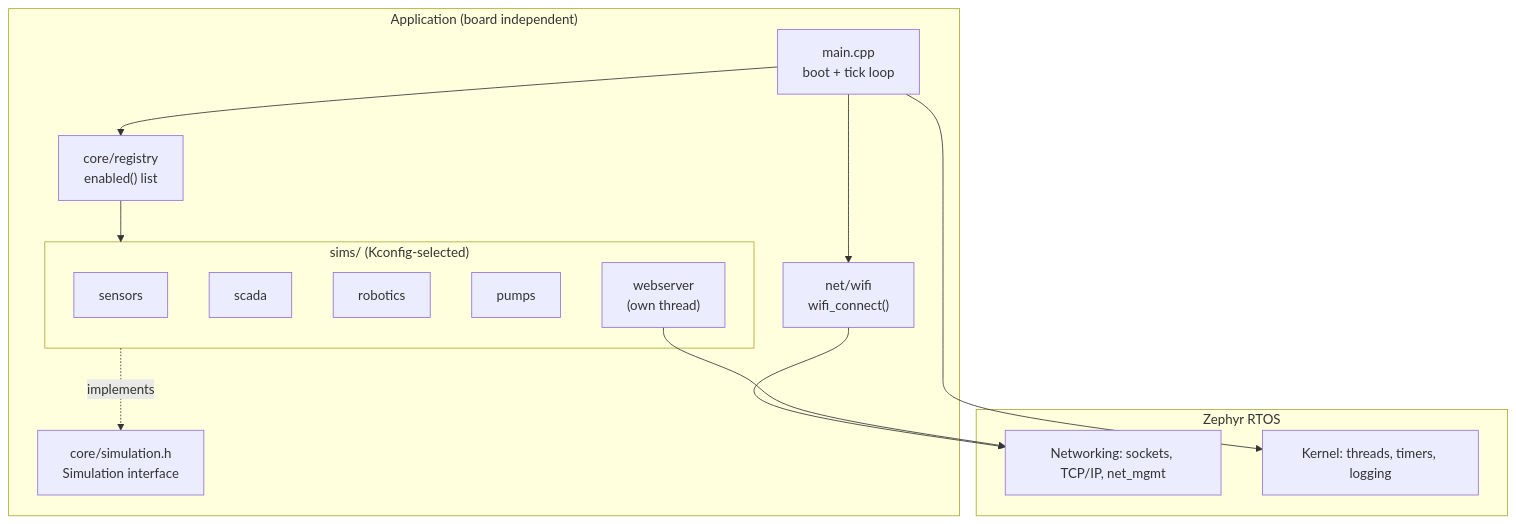
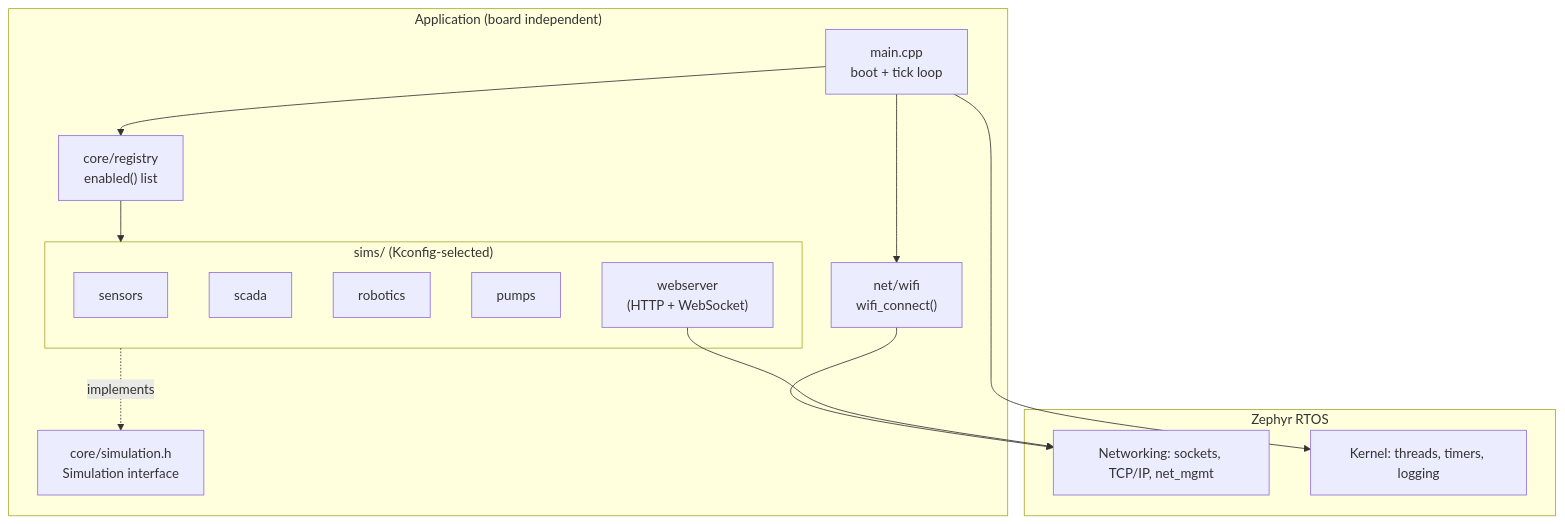
The second of 5 diagrams in README.md (mtilocca/embedded_sim), drawn with Mermaid before and after one commit. The commit also changed other lines of this file and 48 other files, not shown here.

````diff
--- a/README.md
+++ b/README.md
@@ -52,25 +91,25 @@
 ```mermaid
 flowchart TD
     subgraph App["Application (board independent)"]
         main["main.cpp<br/>boot + tick loop"]
         reg["core/registry<br/>enabled() list"]
         iface["core/simulation.h<br/>Simulation interface"]
         wifi["net/wifi<br/>wifi_connect()"]
         subgraph Sims["sims/ (Kconfig-selected)"]
             sen["sensors"]
             sca["scada"]
             rob["robotics"]
             pum["pumps"]
-            web["webserver<br/>(own thread)"]
+            web["webserver<br/>(HTTP + WebSocket)"]
         end
     end
     subgraph Zephyr["Zephyr RTOS"]
         netstack["Networking: sockets, TCP/IP, net_mgmt"]
         kernel["Kernel: threads, timers, logging"]
     end
     main --> reg --> Sims
     Sims -. implements .-> iface
     main --> wifi --> netstack
     web --> netstack
     main --> kernel
 ```
````
